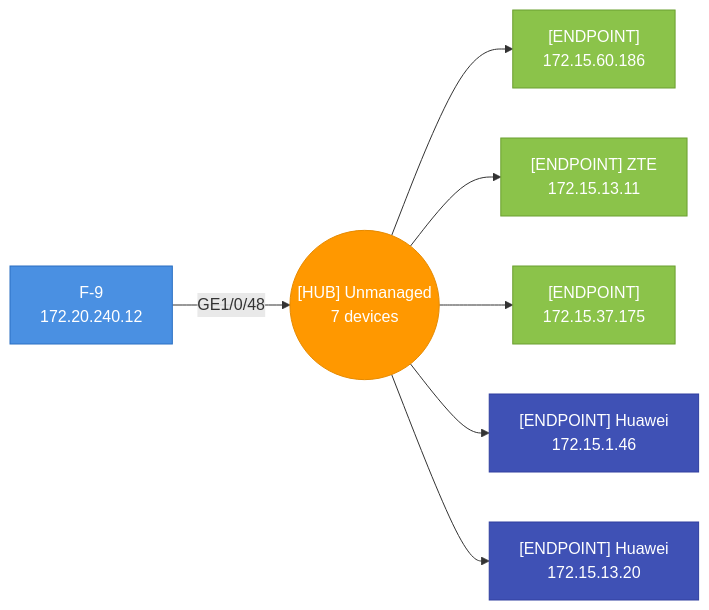
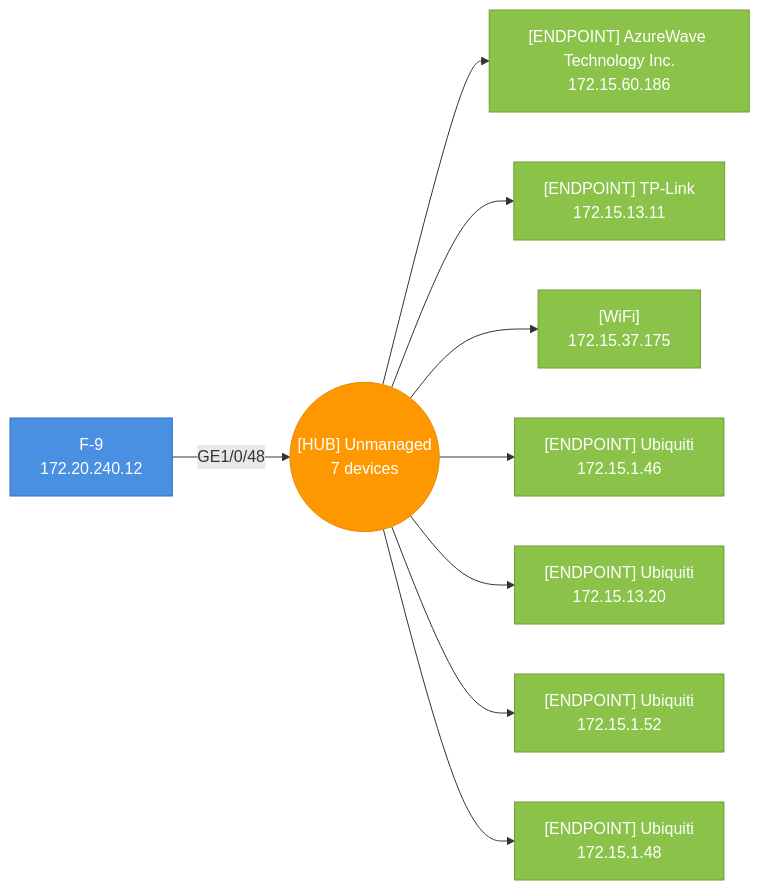
One commit to djamic/LLDP-Skanner-Go changed the first of 51 diagrams in testdata/golden/report_esxi_sections.md. Above: the diagram before and after it, drawn with Mermaid. The commit also changed other lines of this file and 16 other files, not shown here.

````diff
--- a/testdata/golden/report_esxi_sections.md
+++ b/testdata/golden/report_esxi_sections.md
@@ -6,23 +6,29 @@
 ```mermaid
 graph LR
   hub_4caea327768a_p48(("[HUB] Unmanaged<br>7 devices"))
   4caea327768a["F-9<br>172.20.240.12"]
   4caea327768a-- "GE1/0/48" -->hub_4caea327768a_p48
   style 4caea327768a fill:#4A90E2,stroke:#2A6FC2,color:#fff
-  1068380a0779["[ENDPOINT]<br>172.15.60.186"]
+  1068380a0779["[ENDPOINT] AzureWave Technology Inc.<br>172.15.60.186"]
   hub_4caea327768a_p48-->1068380a0779
   style 1068380a0779 fill:#8BC34A,stroke:#6B9F30,color:#fff
-  54af9782f4c4["[ENDPOINT] ZTE<br>172.15.13.11"]
+  54af9782f4c4["[ENDPOINT] TP-Link<br>172.15.13.11"]
   hub_4caea327768a_p48-->54af9782f4c4
   style 54af9782f4c4 fill:#8BC34A,stroke:#6B9F30,color:#fff
-  563a98b65c1a["[ENDPOINT]<br>172.15.37.175"]
+  563a98b65c1a["[WiFi]<br>172.15.37.175"]
   hub_4caea327768a_p48-->563a98b65c1a
   style 563a98b65c1a fill:#8BC34A,stroke:#6B9F30,color:#fff
-  7845587c874f["[ENDPOINT] Huawei<br>172.15.1.46"]
+  7845587c874f["[ENDPOINT] Ubiquiti<br>172.15.1.46"]
   hub_4caea327768a_p48-->7845587c874f
-  style 7845587c874f fill:#3F51B5,stroke:#303F9F,color:#fff
-  7845587c87a0["[ENDPOINT] Huawei<br>172.15.13.20"]
+  style 7845587c874f fill:#8BC34A,stroke:#6B9F30,color:#fff
+  7845587c87a0["[ENDPOINT] Ubiquiti<br>172.15.13.20"]
   hub_4caea327768a_p48-->7845587c87a0
-  style 7845587c87a0 fill:#3F51B5,stroke:#303F9F,color:#fff
+  style 7845587c87a0 fill:#8BC34A,stroke:#6B9F30,color:#fff
+  7845587c88e4["[ENDPOINT] Ubiquiti<br>172.15.1.52"]
+  hub_4caea327768a_p48-->7845587c88e4
+  style 7845587c88e4 fill:#8BC34A,stroke:#6B9F30,color:#fff
+  7845587c8947["[ENDPOINT] Ubiquiti<br>172.15.1.48"]
+  hub_4caea327768a_p48-->7845587c8947
+  style 7845587c8947 fill:#8BC34A,stroke:#6B9F30,color:#fff
   style hub_4caea327768a_p48 fill:#FF9800,stroke:#E68A00,color:#fff
 ```
````
